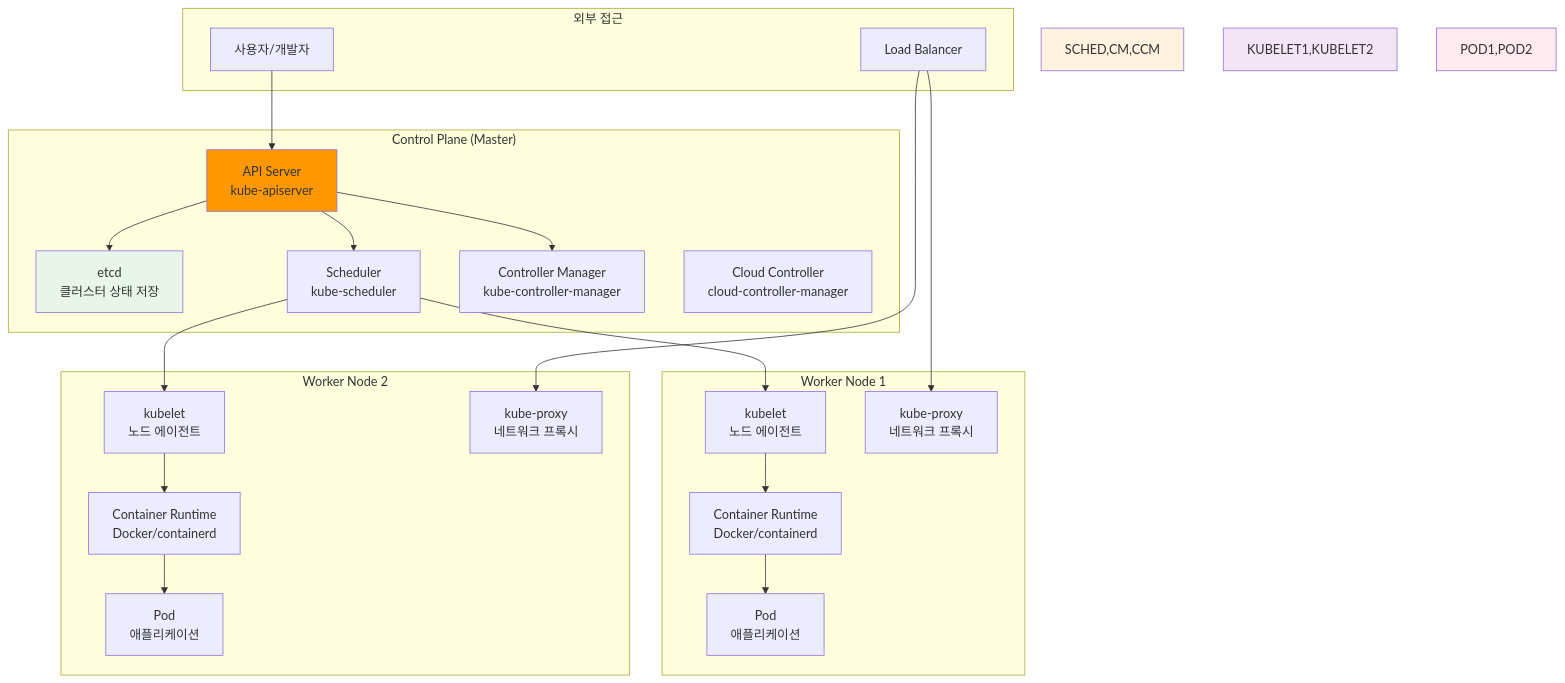
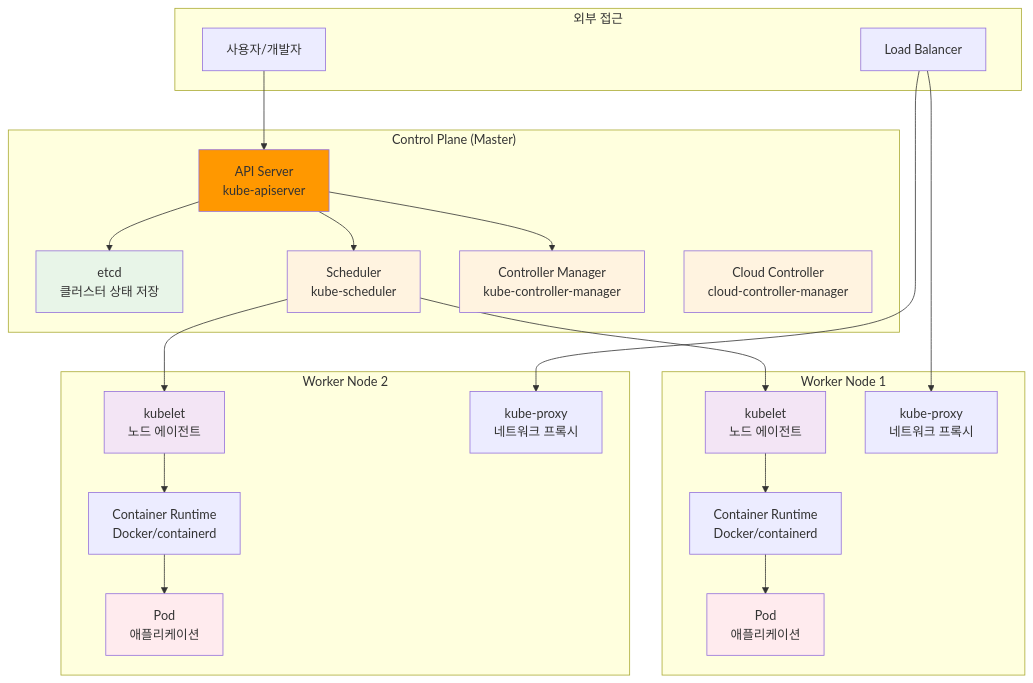
One commit to niceguy61/kdt_devops_lecture_2025 changed the second of 5 diagrams in theory/week_02/day4/session_2.md. Above: the diagram before and after it, drawn with Mermaid. The commit also changed other lines of this file and 63 other files, not shown here.

````diff
--- a/theory/week_02/day4/session_2.md
+++ b/theory/week_02/day4/session_2.md
@@ -53,48 +53,52 @@
 ```mermaid
 graph TB
     subgraph "Control Plane (Master)"
         API[API Server<br/>kube-apiserver]
         ETCD[etcd<br/>클러스터 상태 저장]
         SCHED[Scheduler<br/>kube-scheduler]
         CM[Controller Manager<br/>kube-controller-manager]
         CCM[Cloud Controller<br/>cloud-controller-manager]
     end
     
     subgraph "Worker Node 1"
         KUBELET1[kubelet<br/>노드 에이전트]
         PROXY1[kube-proxy<br/>네트워크 프록시]
         RUNTIME1[Container Runtime<br/>Docker/containerd]
         POD1[Pod<br/>애플리케이션]
     end
     
     subgraph "Worker Node 2"
         KUBELET2[kubelet<br/>노드 에이전트]
         PROXY2[kube-proxy<br/>네트워크 프록시]
         RUNTIME2[Container Runtime<br/>Docker/containerd]
         POD2[Pod<br/>애플리케이션]
     end
     
     subgraph "외부 접근"
         USER[사용자/개발자]
         LB[Load Balancer]
     end
     
     USER --> API
     API --> ETCD
     API --> SCHED
     API --> CM
     SCHED --> KUBELET1
     SCHED --> KUBELET2
     KUBELET1 --> RUNTIME1
     KUBELET2 --> RUNTIME2
     RUNTIME1 --> POD1
     RUNTIME2 --> POD2
     LB --> PROXY1
     LB --> PROXY2
     
     style API fill:#ff9800
     style ETCD fill:#e8f5e8
-    style SCHED,CM,CCM fill:#fff3e0
-    style KUBELET1,KUBELET2 fill:#f3e5f5
-    style POD1,POD2 fill:#ffebee
+    style SCHED fill:#fff3e0
+    style CM fill:#fff3e0
+    style CCM fill:#fff3e0
+    style KUBELET1 fill:#f3e5f5
+    style KUBELET2 fill:#f3e5f5
+    style POD1 fill:#ffebee
+    style POD2 fill:#ffebee
 ```
````
